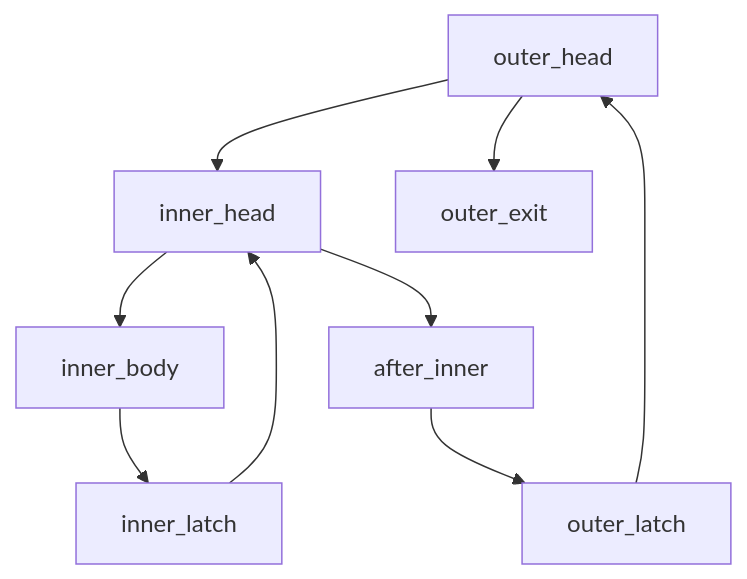
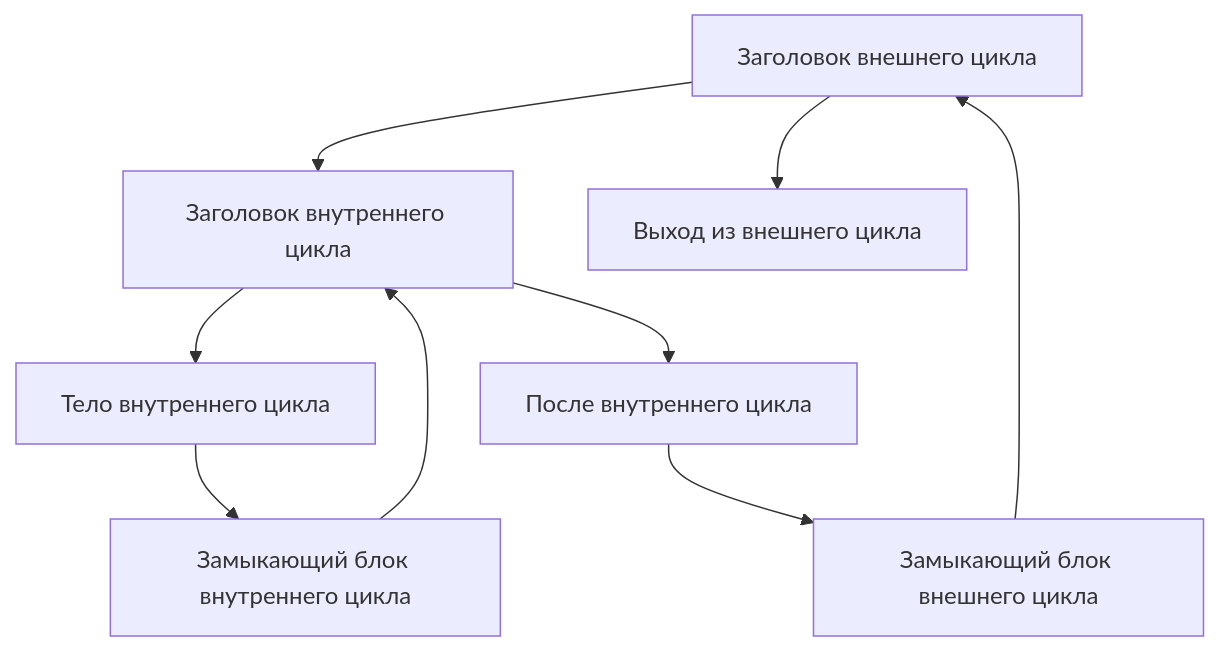
Before and after one commit to Misha1302/Middle-end-compiler-cource: the diagram in docs/modules/14-havlak-and-loop-tree.md, drawn with Mermaid. The commit also changed other lines of this file and 35 other files, not shown here.

````diff
--- a/docs/modules/14-havlak-and-loop-tree.md
+++ b/docs/modules/14-havlak-and-loop-tree.md
@@ -29,11 +31,11 @@
 ```mermaid
 flowchart TD
-  OH[outer_head] --> IH[inner_head]
-  OH --> OX[outer_exit]
-  IH --> IB[inner_body]
-  IH --> AI[after_inner]
-  IB --> IL[inner_latch]
+  OH[Заголовок внешнего цикла] --> IH[Заголовок внутреннего цикла]
+  OH --> OX[Выход из внешнего цикла]
+  IH --> IB[Тело внутреннего цикла]
+  IH --> AI[После внутреннего цикла]
+  IB --> IL[Замыкающий блок внутреннего цикла]
   IL --> IH
-  AI --> OL[outer_latch]
+  AI --> OL[Замыкающий блок внешнего цикла]
   OL --> OH
 ```
````
